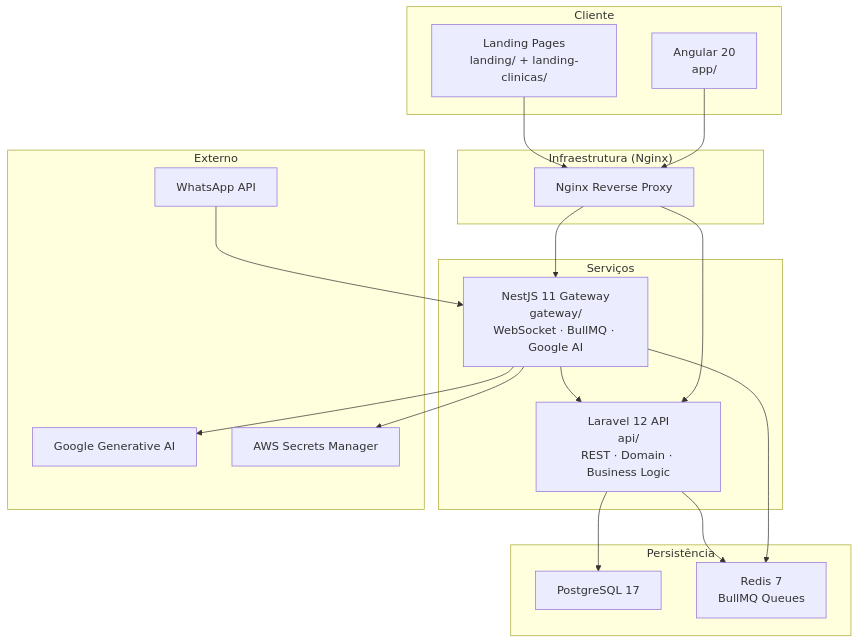
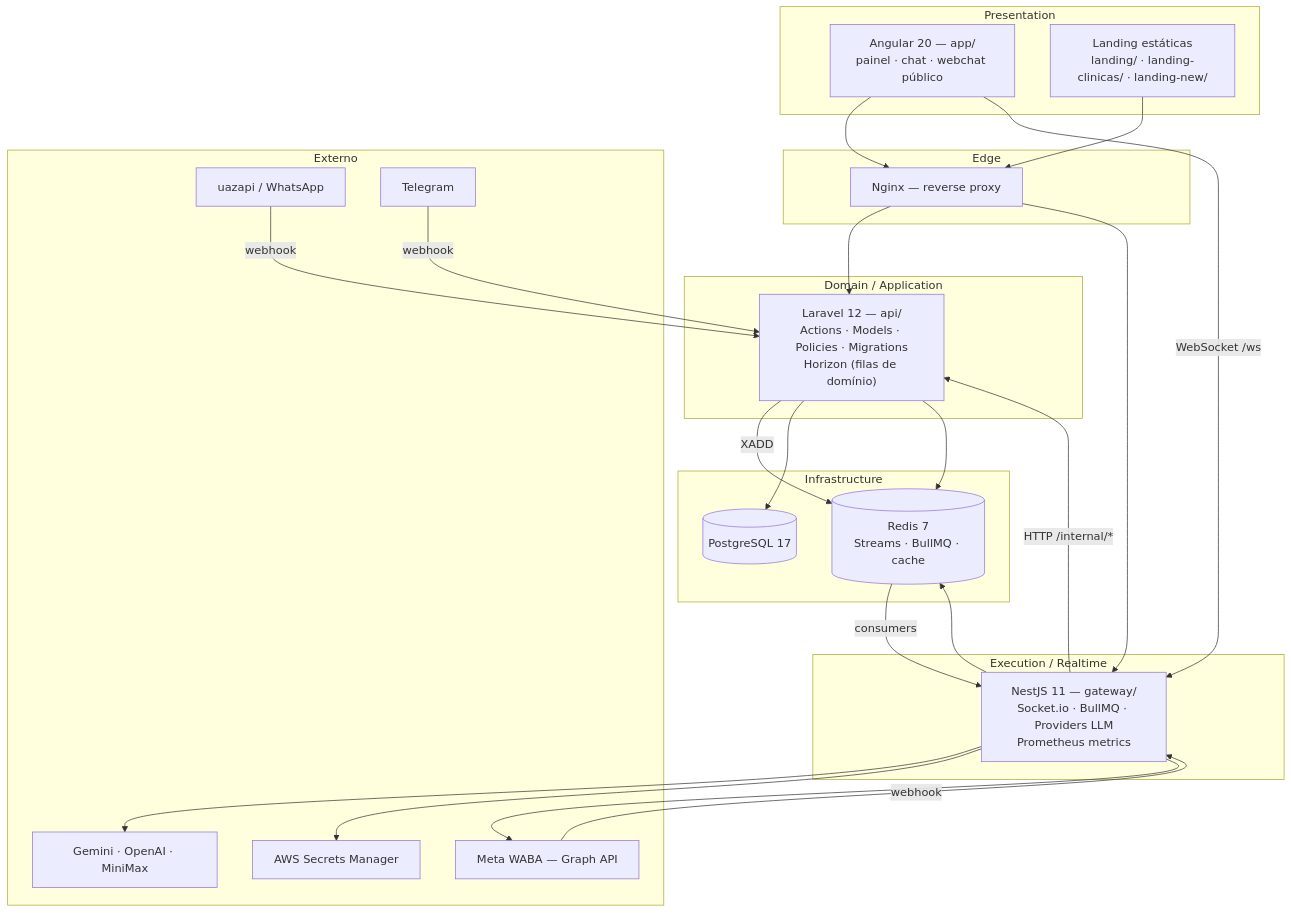
One commit to agentflix/interazap changed the diagram in .context/ARCHITECTURE/architecture.md. Above: the diagram before and after it, drawn with Mermaid. The commit also changed other lines of this file and 402 other files, not shown here.

````diff
--- a/.context/ARCHITECTURE/architecture.md
+++ b/.context/ARCHITECTURE/architecture.md
@@ -5,42 +6,53 @@
 ```mermaid
 graph TB
-    subgraph Client["Cliente"]
-        APP["Angular 20<br/>app/"]
-        LAND["Landing Pages<br/>landing/ + landing-clinicas/"]
+    subgraph Client["Presentation"]
+        APP["Angular 20 — app/<br/>painel · chat · webchat público"]
+        LAND["Landing estáticas<br/>landing/ · landing-clinicas/ · landing-new/"]
     end
 
-    subgraph Infra["Infraestrutura (Nginx)"]
-        NGINX["Nginx Reverse Proxy"]
+    subgraph Edge["Edge"]
+        NGINX["Nginx — reverse proxy"]
     end
 
-    subgraph Services["Serviços"]
-        GW["NestJS 11 Gateway<br/>gateway/<br/>WebSocket · BullMQ · Google AI"]
-        API["Laravel 12 API<br/>api/<br/>REST · Domain · Business Logic"]
+    subgraph Domain["Domain / Application"]
+        API["Laravel 12 — api/<br/>Actions · Models · Policies · Migrations<br/>Horizon (filas de domínio)"]
     end
 
-    subgraph Data["Persistência"]
-        PG["PostgreSQL 17"]
-        REDIS["Redis 7<br/>BullMQ Queues"]
+    subgraph Exec["Execution / Realtime"]
+        GW["NestJS 11 — gateway/<br/>Socket.io · BullMQ · Providers LLM<br/>Prometheus metrics"]
     end
 
-    subgraph External["Externo"]
-        WA["WhatsApp API"]
-        GOOG["Google Generative AI"]
+    subgraph Data["Infrastructure"]
+        PG[("PostgreSQL 17")]
+        REDIS[("Redis 7<br/>Streams · BullMQ · cache")]
+    end
+
+    subgraph Ext["Externo"]
+        UAZ["uazapi / WhatsApp"]
+        META["Meta WABA — Graph API"]
+        TG["Telegram"]
+        LLM["Gemini · OpenAI · MiniMax"]
         AWS["AWS Secrets Manager"]
     end
 
     APP --> NGINX
     LAND --> NGINX
+    NGINX --> API
     NGINX --> GW
-    NGINX --> API
 
-    GW --> API
-    GW --> REDIS
-    GW --> GOOG
-    GW --> AWS
+    API -- "XADD" --> REDIS
+    REDIS -- "consumers" --> GW
+    GW -- "HTTP /internal/*" --> API
 
     API --> PG
     API --> REDIS
+    GW --> REDIS
+    GW --> LLM
+    GW --> AWS
+    GW --> META
 
-    WA --> GW
+    UAZ -- "webhook" --> API
+    TG -- "webhook" --> API
+    META -- "webhook" --> GW
+    APP -- "WebSocket /ws" --> GW
 ```
````
